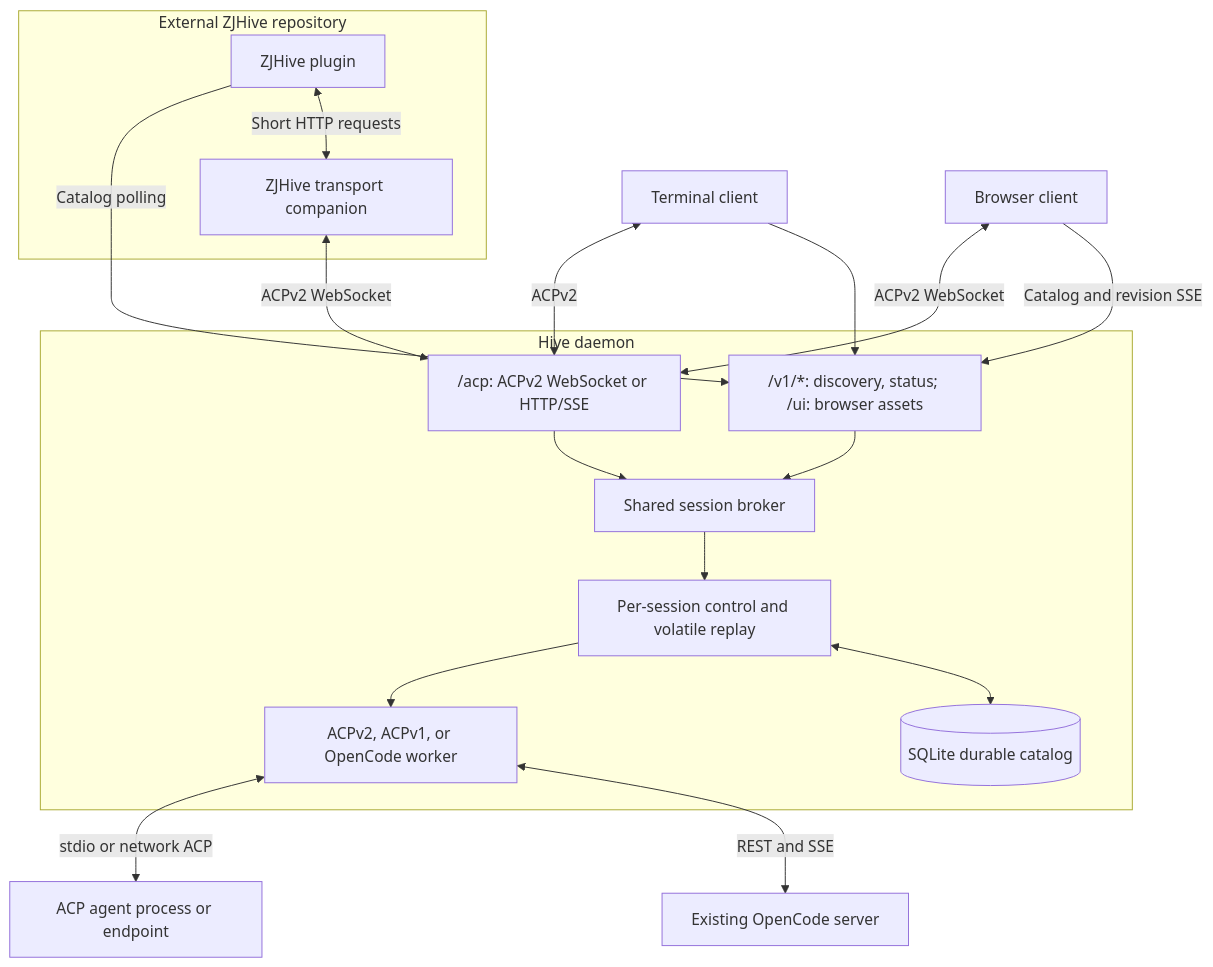
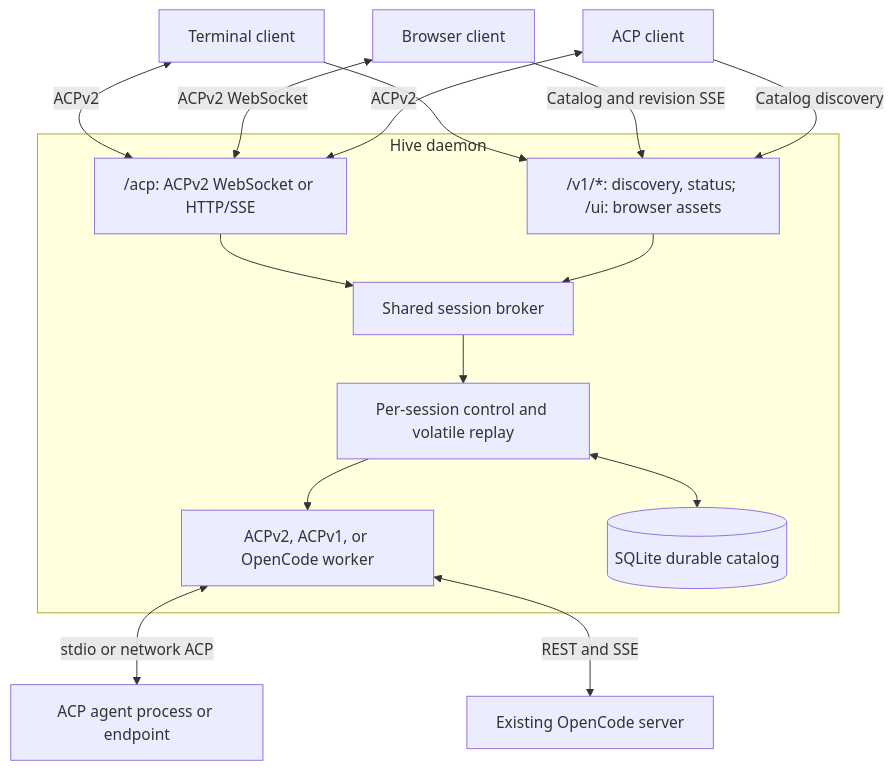
One commit to noirbizarre/hive changed the first of 2 diagrams in docs/architecture.md. Above: the diagram before and after it, drawn with Mermaid. The commit also changed other lines of this file and 16 other files, not shown here.

````diff
--- a/docs/architecture.md
+++ b/docs/architecture.md
@@ -9,36 +9,32 @@
 ```mermaid
 flowchart TB
     TUI[Terminal client]
     WEB[Browser client]
-    subgraph External ZJHive repository
-        ZJ[ZJHive plugin]
-        BR[ZJHive transport companion]
-    end
+    CLIENT[ACP client]
 
     subgraph Hive daemon
         ACP["/acp: ACPv2 WebSocket or HTTP/SSE"]
         HTTP["/v1/*: discovery, status; /ui: browser assets"]
         BROKER[Shared session broker]
         CONTROL[Per-session control and volatile replay]
         WORKERS[ACPv2, ACPv1, or OpenCode worker]
         DB[(SQLite durable catalog)]
     end
 
     AGENT[ACP agent process or endpoint]
     OC[Existing OpenCode server]
 
     TUI <-->|ACPv2| ACP
     WEB <-->|ACPv2 WebSocket| ACP
     TUI --> HTTP
     WEB -->|Catalog and revision SSE| HTTP
-    ZJ -->|Catalog polling| HTTP
-    ZJ <-->|Short HTTP requests| BR
-    BR <-->|ACPv2 WebSocket| ACP
+    CLIENT <-->|ACPv2| ACP
+    CLIENT -->|Catalog discovery| HTTP
     ACP --> BROKER
     HTTP --> BROKER
     BROKER --> CONTROL
     CONTROL --> WORKERS
     CONTROL <--> DB
     WORKERS <-->|stdio or network ACP| AGENT
     WORKERS <-->|REST and SSE| OC
 ```
````
